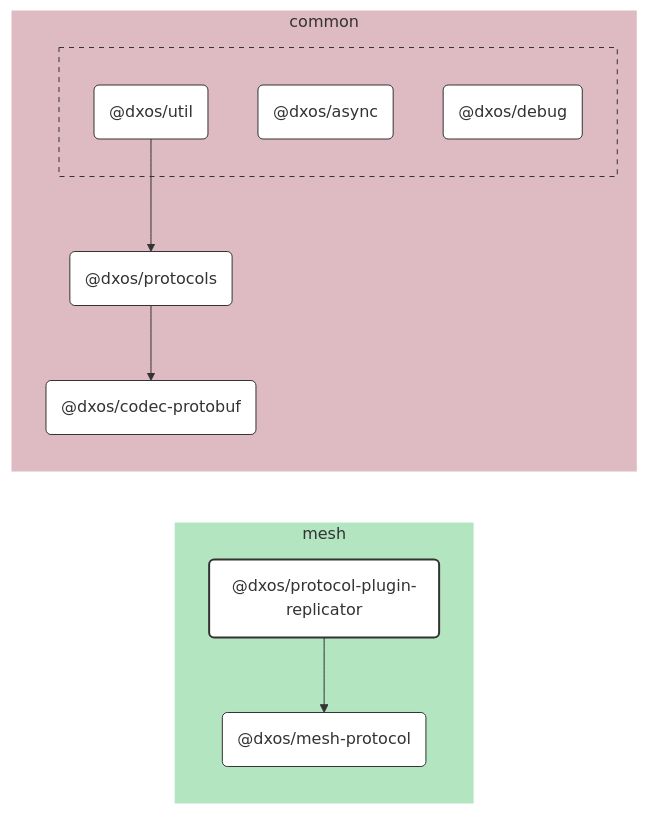
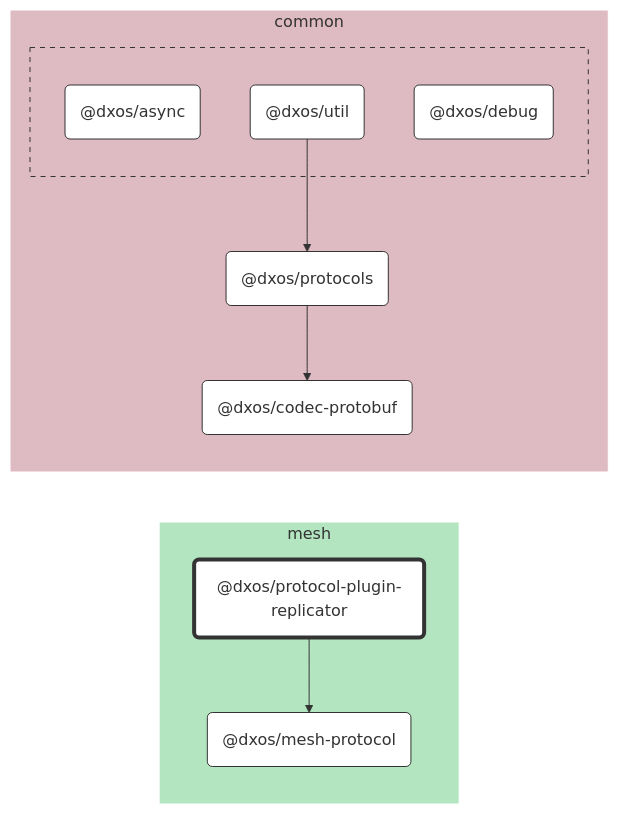
The diagram in packages/mesh/protocol-plugin-replicator/docs/README.md (dxos/dxos), drawn with Mermaid before and after one commit. The commit also changed 104 other files, not shown here.

````diff
--- a/packages/mesh/protocol-plugin-replicator/docs/README.md
+++ b/packages/mesh/protocol-plugin-replicator/docs/README.md
@@ -7,56 +7,43 @@
 ```mermaid
 %%{ init: {'flowchart':{'curve':'basis'}} }%%
 
 flowchart LR
 
-%% Links
-dxos/protocol-plugin-replicator --> dxos/mesh-protocol;
-dxos/protocols --> dxos/codec-protobuf;
-dxos/util --> dxos/protocols;
+%% Classes
+classDef def fill:#fff,stroke:#333,stroke-width:1px
+classDef root fill:#fff,stroke:#333,stroke-width:4px
 
-%% Sections
-subgraph mesh
-  style mesh fill:#b3e6c0,stroke:#fff;
+%% Nodes
 
-  dxos/mesh-protocol("@dxos/mesh-protocol")
-  dxos/protocol-plugin-replicator("@dxos/protocol-plugin-replicator")
+subgraph mesh [mesh]
+  style mesh fill:#b3e6c0,stroke:#fff
+  dxos/protocol-plugin-replicator("@dxos/protocol-plugin-replicator"):::root
+  click dxos/protocol-plugin-replicator "dxos/dxos/tree/main/packages/mesh/protocol-plugin-replicator/docs"
+  dxos/mesh-protocol("@dxos/mesh-protocol"):::def
+  click dxos/mesh-protocol "dxos/dxos/tree/main/packages/mesh/mesh-protocol/docs"
 end
 
-subgraph common
-  style common fill:#debac2,stroke:#fff;
-
-  dxos/codec-protobuf("@dxos/codec-protobuf")
-  dxos/protocols("@dxos/protocols")
+subgraph common [common]
+  style common fill:#debac2,stroke:#fff
+  dxos/codec-protobuf("@dxos/codec-protobuf"):::def
+  click dxos/codec-protobuf "dxos/dxos/tree/main/packages/common/codec-protobuf/docs"
+  dxos/protocols("@dxos/protocols"):::def
+  click dxos/protocols "dxos/dxos/tree/main/packages/common/protocols/docs"
 
   subgraph common-excluded [ ]
-    style common-excluded fill:#debac2,stroke:#333,stroke-dasharray:5 5;
-
-    dxos/async("@dxos/async")
-    dxos/debug("@dxos/debug")
-    dxos/util("@dxos/util")
+    style common-excluded fill:#debac2,stroke:#333,stroke-dasharray:5 5
+    dxos/async("@dxos/async"):::def
+    click dxos/async "dxos/dxos/tree/main/packages/common/async/docs"
+    dxos/debug("@dxos/debug"):::def
+    click dxos/debug "dxos/dxos/tree/main/packages/common/debug/docs"
+    dxos/util("@dxos/util"):::def
+    click dxos/util "dxos/dxos/tree/main/packages/common/util/docs"
   end
 end
 
-
-%% Hyperlinks
-click dxos/async "dxos/dxos/tree/main/packages/common/async/docs";
-click dxos/codec-protobuf "dxos/dxos/tree/main/packages/common/codec-protobuf/docs";
-click dxos/debug "dxos/dxos/tree/main/packages/common/debug/docs";
-click dxos/mesh-protocol "dxos/dxos/tree/main/packages/mesh/mesh-protocol/docs";
-click dxos/protocols "dxos/dxos/tree/main/packages/common/protocols/docs";
-click dxos/util "dxos/dxos/tree/main/packages/common/util/docs";
-
-%% Styles
-classDef rootNode fill:#fff,stroke:#333,stroke-width:2px
-classDef defaultNode fill:#fff,stroke:#333,stroke-width:1px
+%% Links
 linkStyle default stroke:#333,stroke-width:1px
-
-dxos/protocol-plugin-replicator:::rootNode
-
-dxos/async:::defaultNode
-dxos/codec-protobuf:::defaultNode
-dxos/debug:::defaultNode
-dxos/mesh-protocol:::defaultNode
-dxos/protocols:::defaultNode
-dxos/util:::defaultNode
+dxos/protocol-plugin-replicator --> dxos/mesh-protocol
+dxos/util --> dxos/protocols
+dxos/protocols --> dxos/codec-protobuf
 ```
````
